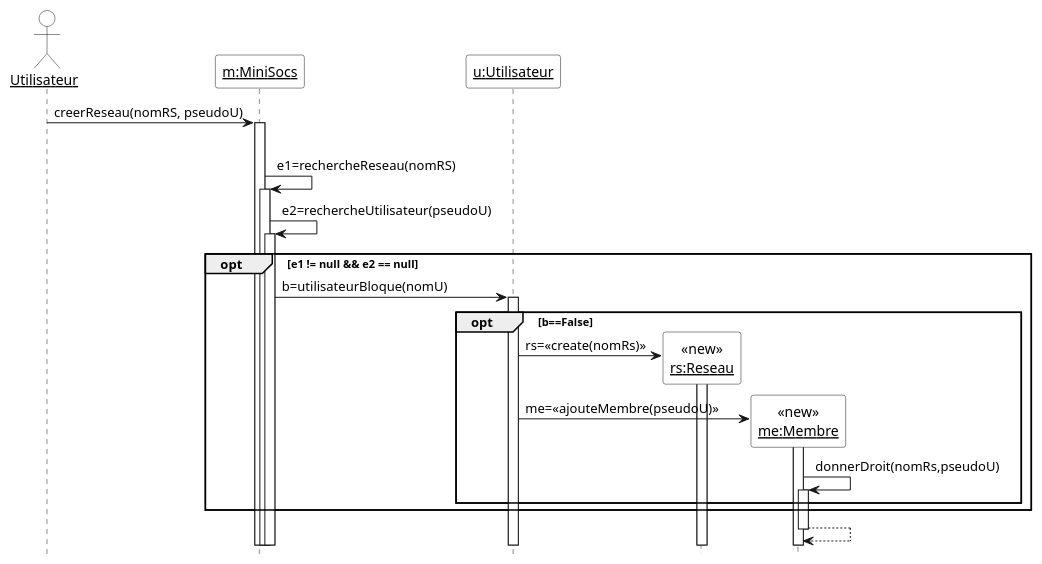
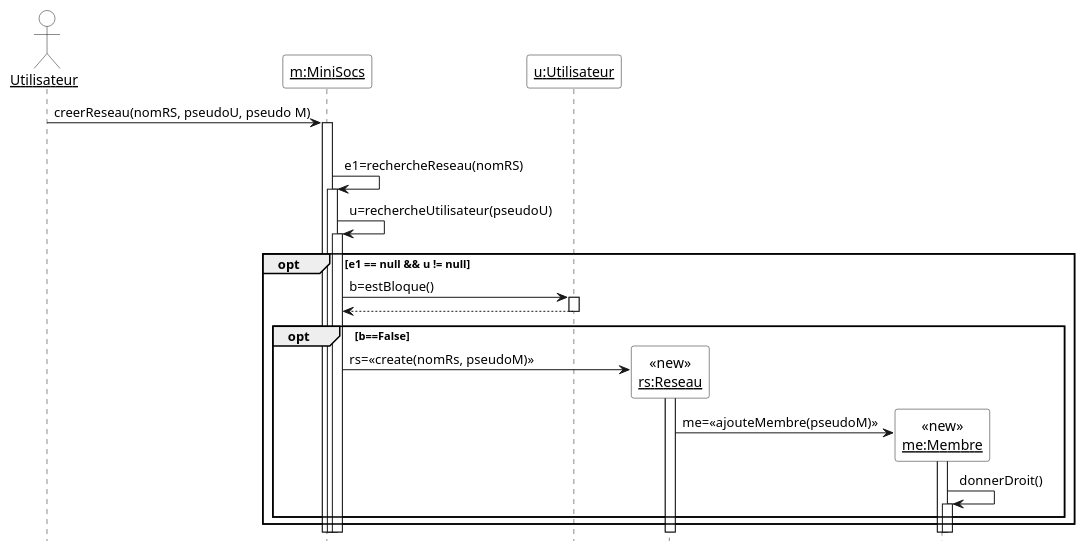
Before and after one commit to HugoKD/MiniSoc: the diagram in Diagrammes/minisocs_uml_diag_creer_reseau.pu, drawn with PlantUML. The commit also changed 7 other files, not shown here.

Commit message:
modification des Diagrammes

```diff
--- a/Diagrammes/minisocs_uml_diag_creer_reseau.pu
+++ b/Diagrammes/minisocs_uml_diag_creer_reseau.pu
@@ -1,31 +1,32 @@
 @startuml
 
 'Diagramme de séquence (PlantUML)'
 
 'Configuration charte graphique'
 hide footbox
 skinparam sequenceParticipantBackgroundColor White
 skinparam sequenceActorBackgroundColor White
 
 'Déclaration des acteurs et des participants (déjà existants avant la séquence)'
 actor "__Utilisateur__" as user
 participant "__m:MiniSocs__" as m
 participant "__u:Utilisateur__" as u
 
 'Séquene avec les messages, les créations de participants, etc.'
-user -> m ++ : creerReseau(nomRS, pseudoU)
-opt nomRS non null ∧ non vide && pseudoU non null ∧ non vide
+user -> m ++ : creerReseau(nomRS, pseudoU, pseudo M)
+opt nomRS,pseudoU,pseudoM non null ∧ non vide
 	m-> m++ : e1=rechercheReseau(nomRS)
-	m -> m ++ : e2=rechercheUtilisateur(pseudoU)
-	opt e1 != null && e2 == null
-		m -> u ++ : b=utilisateurBloque(nomU)
+	m -> m ++ : u=rechercheUtilisateur(pseudoU)
+	opt e1 == null && u != null
+		m -> u ++ : b=estBloque()
+		return
 		opt b==False
     		create "<<new>>\n__rs:Reseau__" as rs
-    		u -> "__rs:Reseau__" as rs ++ : rs=<<create(nomRs)>>
+    		m -> "__rs:Reseau__" as rs ++ : rs=<<create(nomRs, pseudoM)>>
     		create  "<<new>>\n__me:Membre__" as me
-    		u -> "__me:Membre__" as me ++ : me=<<ajouteMembre(pseudoU)>>
-    		me -> me ++ : donnerDroit(nomRs,pseudoU)
+    		rs -> "__me:Membre__" as me ++ : me=<<ajouteMembre(pseudoM)>>
+    		me -> me ++ : donnerDroit()
   end
 end
-return
+
 @enduml
```
